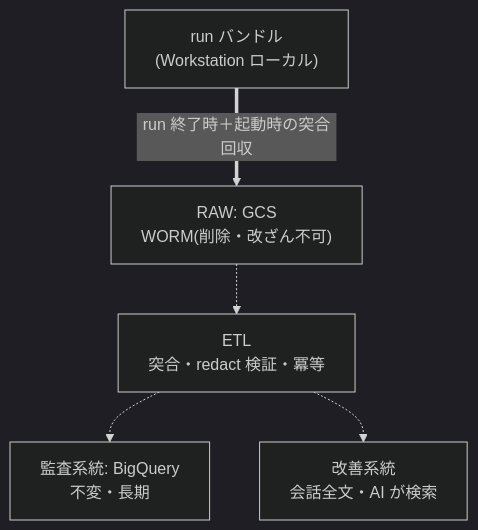
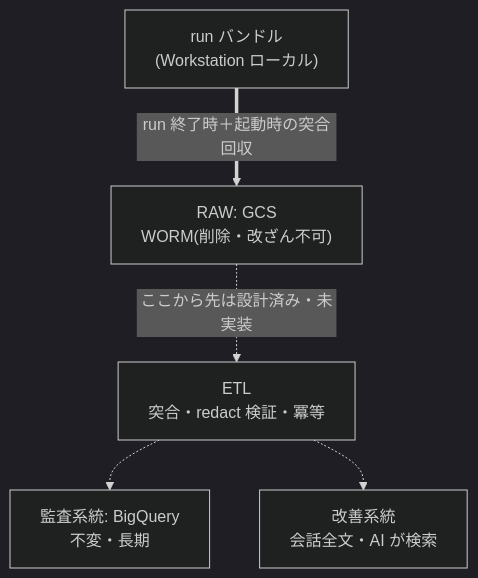
One commit to t-mizumoto1203/zenn-tech-blog changed the diagram in articles/20260805-c83bfb8e18e6b2.md. Above: the diagram before and after it, drawn with Mermaid (dark theme). The commit also changed other lines of this file, not shown here.

````diff
--- a/articles/20260805-c83bfb8e18e6b2.md
+++ b/articles/20260805-c83bfb8e18e6b2.md
@@ -137,12 +137,12 @@
 ```mermaid
 flowchart TD
     WS["run バンドル<br>(Workstation ローカル)"]
     RAW["RAW: GCS<br>WORM(削除・改ざん不可)"]
     ETL["ETL<br>突合・redact 検証・冪等"]
     BQ["監査系統: BigQuery<br>不変・長期"]
     IMP["改善系統<br>会話全文・AI が検索"]
     WS ==>|"run 終了時＋起動時の突合回収"| RAW
-    RAW -.-> ETL
+    RAW -.->|"ここから先は設計済み・未実装"| ETL
     ETL -.-> BQ
     ETL -.-> IMP
 ```
````
